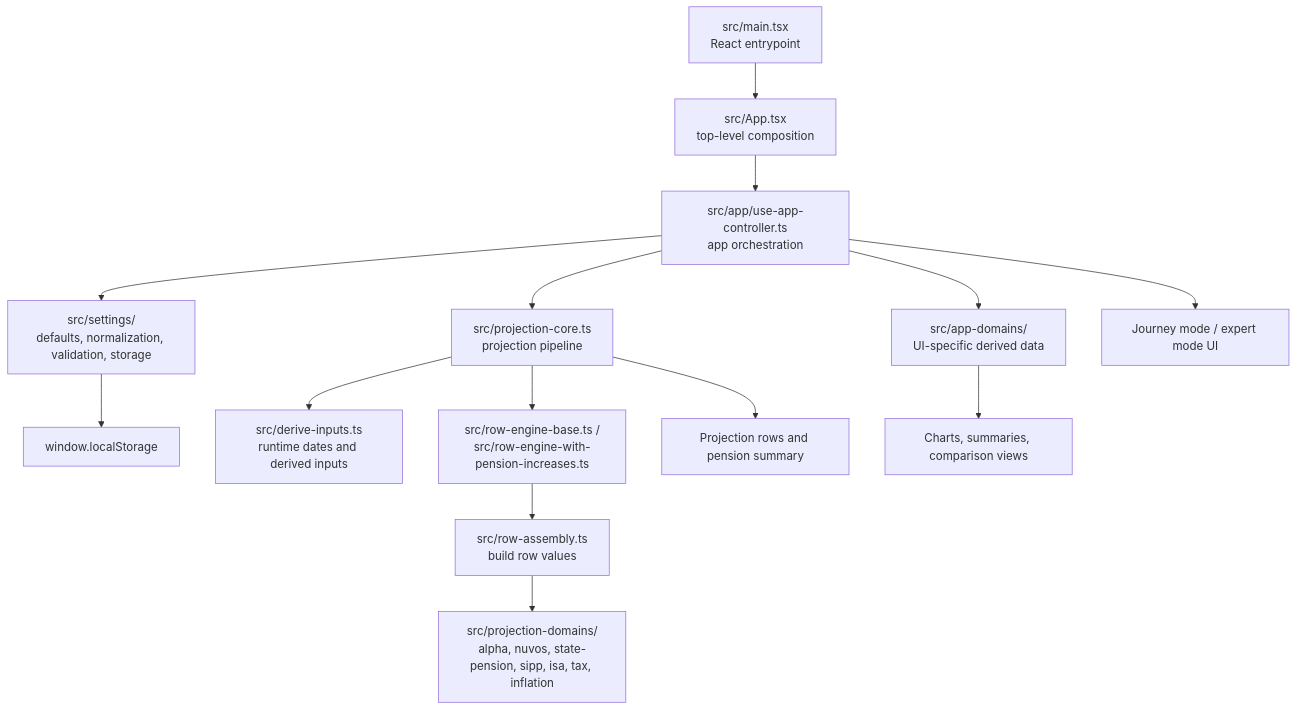
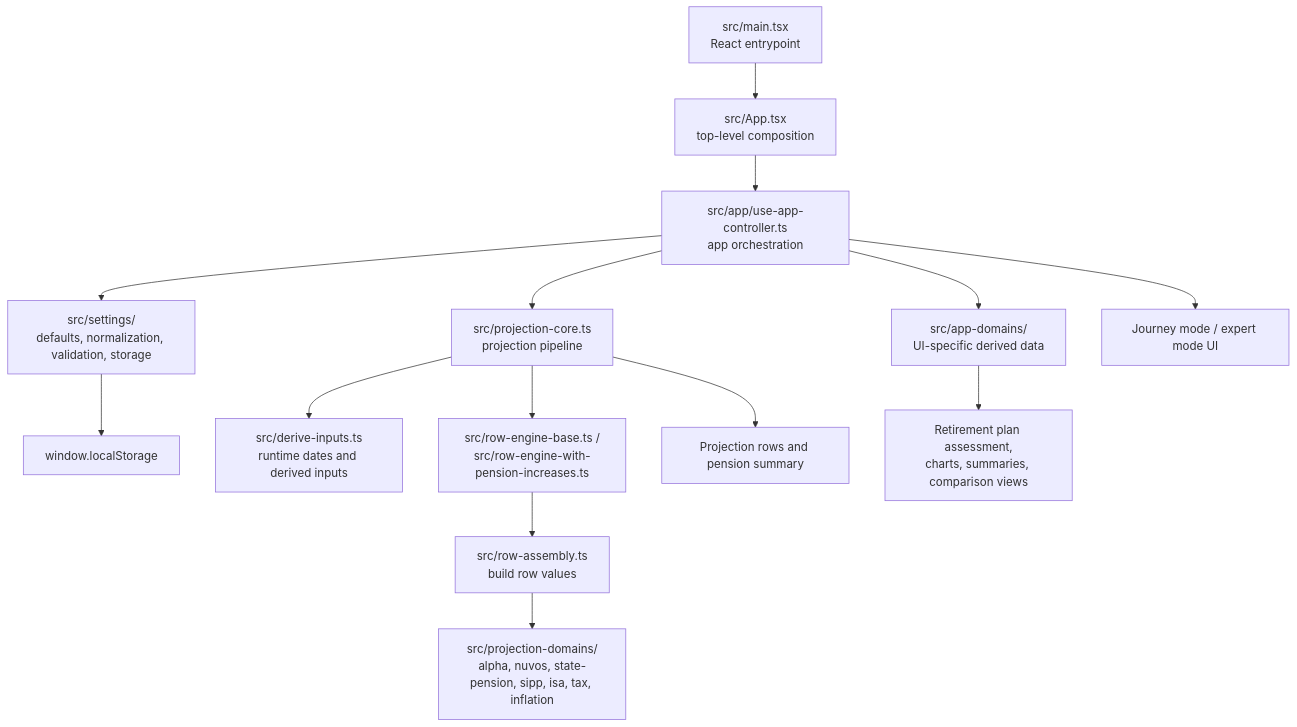
The first of 2 diagrams in README.md (r0w4n/cs-pension-modeller), drawn with Mermaid before and after one commit. The commit also changed other lines of this file and 17 other files, not shown here.

````diff
--- a/README.md
+++ b/README.md
@@ -221,19 +222,19 @@
 ```mermaid
 flowchart TD
     A["src/main.tsx<br/>React entrypoint"] --> B["src/App.tsx<br/>top-level composition"]
     B --> C["src/app/use-app-controller.ts<br/>app orchestration"]
 
     C --> D["src/settings/<br/>defaults, normalization, validation, storage"]
     C --> E["src/projection-core.ts<br/>projection pipeline"]
     C --> F["src/app-domains/<br/>UI-specific derived data"]
 
     E --> G["src/derive-inputs.ts<br/>runtime dates and derived inputs"]
     E --> H["src/row-engine-base.ts /<br/>src/row-engine-with-pension-increases.ts"]
     H --> I["src/row-assembly.ts<br/>build row values"]
     I --> J["src/projection-domains/<br/>alpha, nuvos, state-pension, sipp, isa, tax, inflation"]
 
     D --> K["window.localStorage"]
-    F --> L["Charts, summaries, comparison views"]
+    F --> L["Retirement plan assessment,<br/>charts, summaries, comparison views"]
     E --> M["Projection rows and pension summary"]
     C --> N["Journey mode / expert mode UI"]
 ```
````
